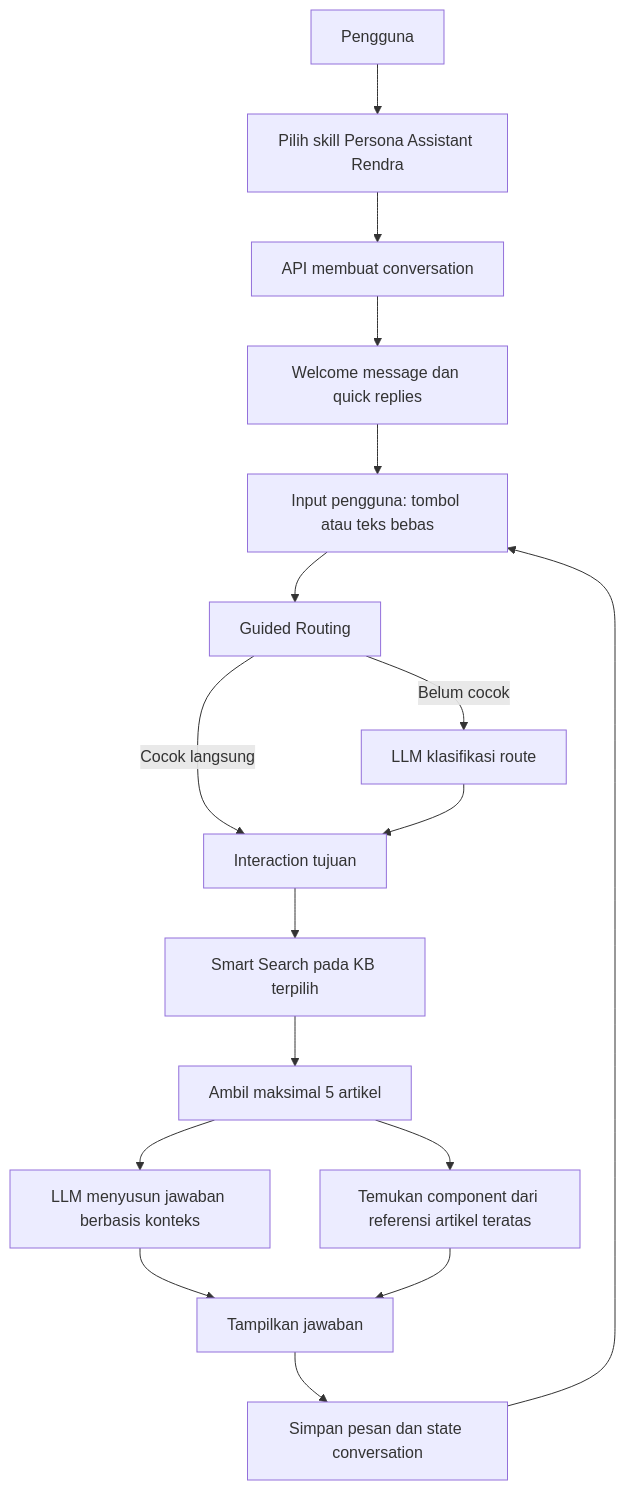
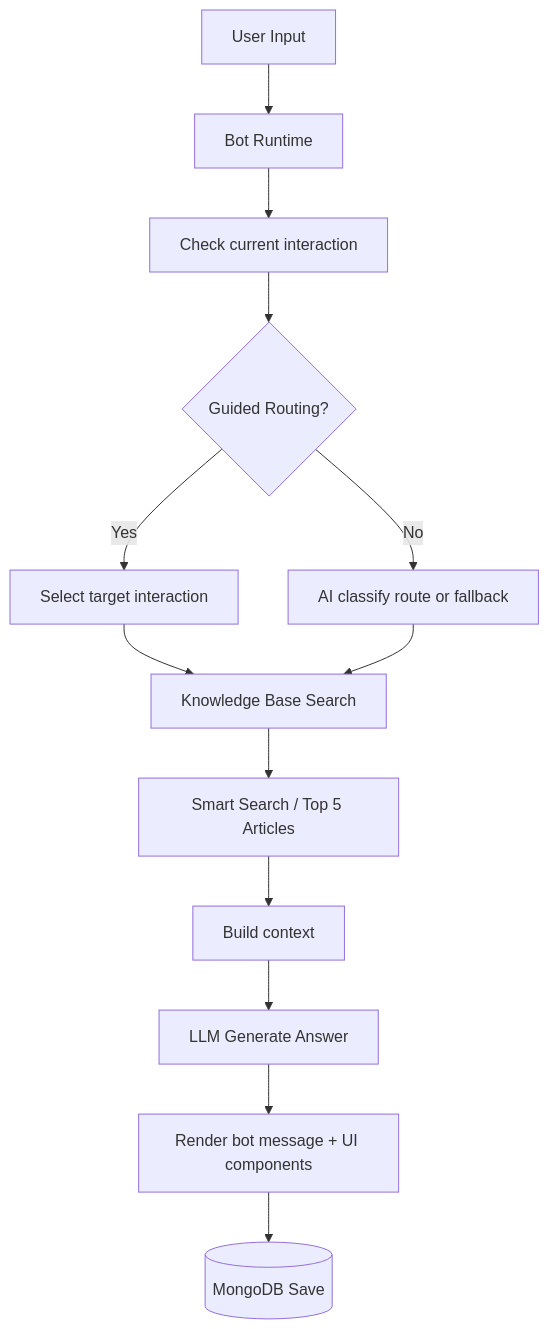
The diagram in README2.md (RendraNurYuliadi/Ai-Agent-Project), drawn with Mermaid before and after one commit. The commit also changed other lines of this file and 11 other files, not shown here.

Commit message:
feat: update bot flows and data tools

````diff
--- a/README2.md
+++ b/README2.md
@@ -29,19 +360,15 @@
 ```mermaid
 flowchart TD
-    U[Pengguna] --> S[Pilih skill Persona Assistant Rendra]
-    S --> C[API membuat conversation]
-    C --> W[Welcome message dan quick replies]
-    W --> Q[Input pengguna: tombol atau teks bebas]
-    Q --> G[Guided Routing]
-    G -->|Cocok langsung| R[Interaction tujuan]
-    G -->|Belum cocok| L1[LLM klasifikasi route]
-    L1 --> R
-    R --> K[Smart Search pada KB terpilih]
-    K --> T[Ambil maksimal 5 artikel]
-    T --> L2[LLM menyusun jawaban berbasis konteks]
-    T --> A[Temukan component dari referensi artikel teratas]
-    L2 --> V[Tampilkan jawaban]
-    A --> V
-    V --> H[Simpan pesan dan state conversation]
-    H --> Q
+    U[User Input] --> B[Bot Runtime]
+    B --> R[Check current interaction]
+    R --> G{Guided Routing?}
+    G -->|Yes| A[Select target interaction]
+    G -->|No| L[AI classify route or fallback]
+    A --> K[Knowledge Base Search]
+    L --> K
+    K --> S[Smart Search / Top 5 Articles]
+    S --> C[Build context]
+    C --> M[LLM Generate Answer]
+    M --> D[Render bot message + UI components]
+    D --> DB[(MongoDB Save)]
 ```
````
